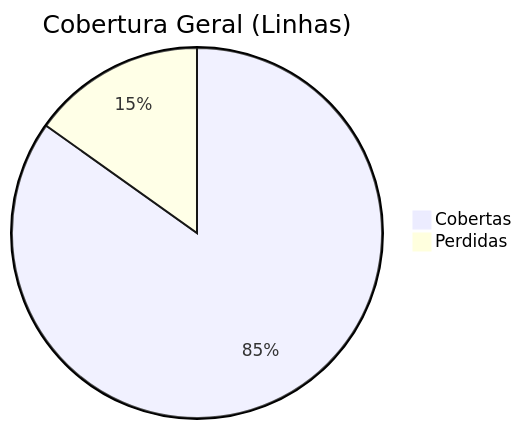
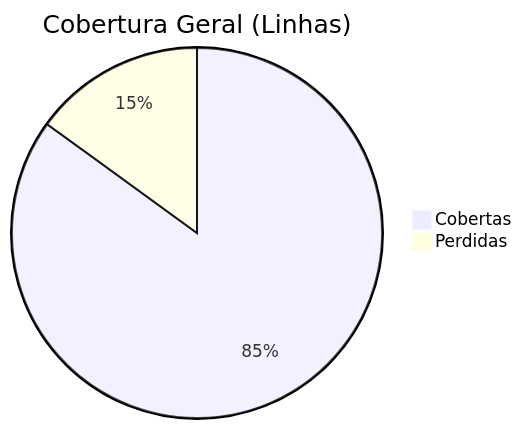
Before and after one commit to Plataforma-Universidade-Gratuita/pug-service: the diagram in coverage_report.md, drawn with Mermaid. The commit also changed other lines of this file and 34 other files, not shown here.

````diff
--- a/coverage_report.md
+++ b/coverage_report.md
@@ -13,5 +13,5 @@
 ```mermaid
 pie title Cobertura Geral (Linhas)
-    "Cobertas" : 3953
-    "Perdidas" : 706
+    "Cobertas" : 4060
+    "Perdidas" : 717
 ```
````
